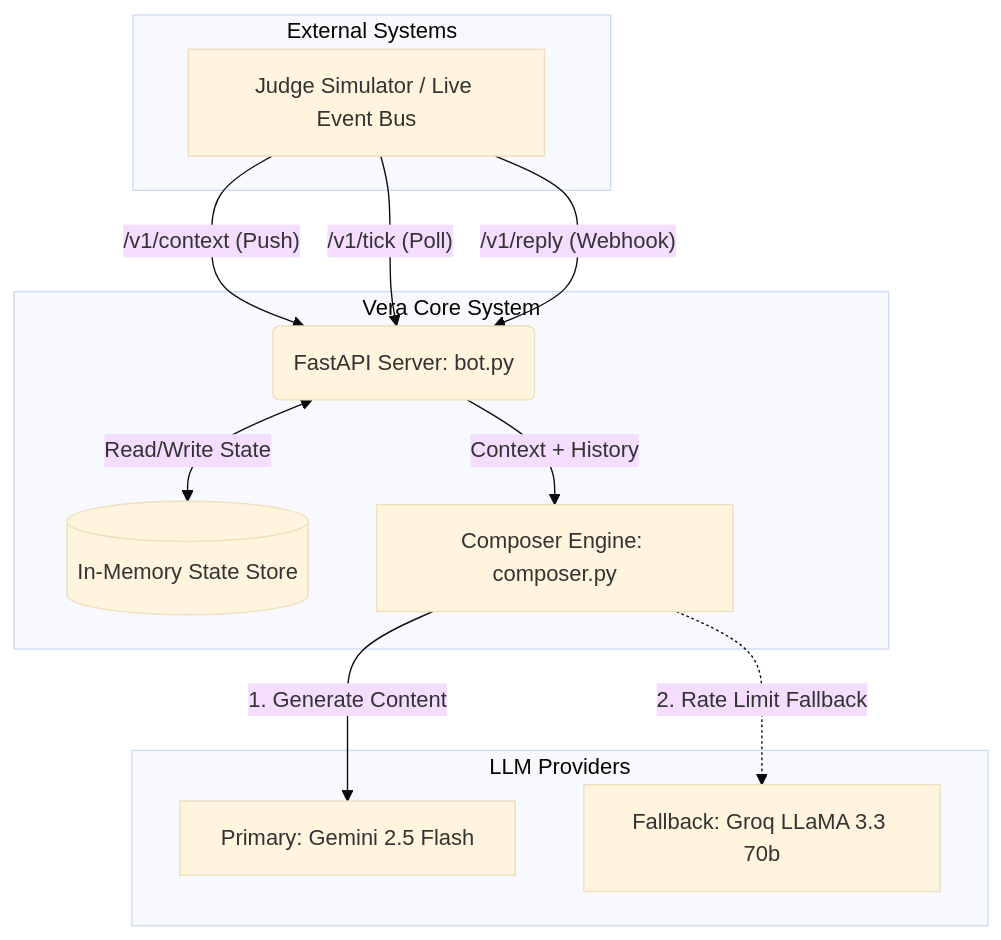
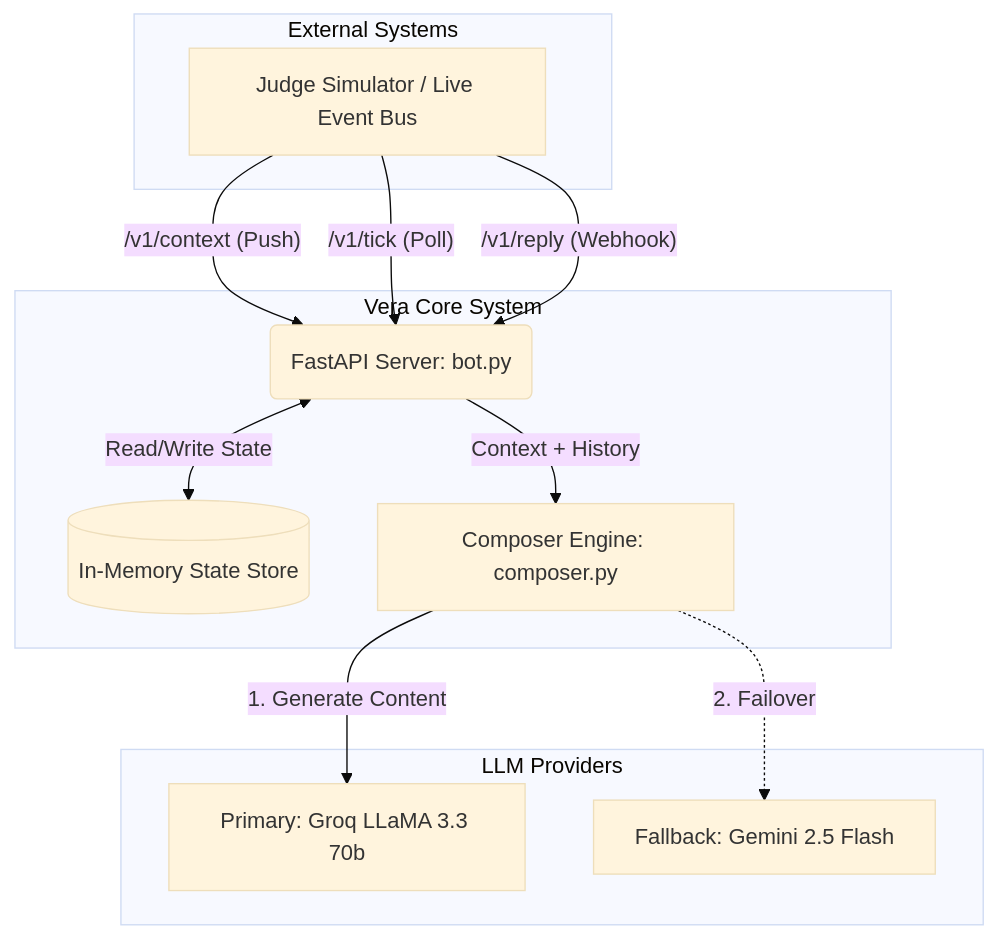
The diagram in docs/HLD.md (TuShArBhArDwA/Vera), drawn with Mermaid (base theme) before and after one commit. The commit also changed other lines of this file and 2 other files, not shown here.

Commit message:
docs: update README/HLD/LLD to reflect Groq-primary architecture
Docs still described Gemini-primary/Groq-fallback, which is now reversed. Updated
the LLM-provider order, the failover diagram, per-provider timeouts, and the
rationale (Gemini thinking-model latency + 2048-token need). Documented the new
specificity guard, addressing rule, and send_as/suppression-key handling in the
hard fallback.

````diff
--- a/docs/HLD.md
+++ b/docs/HLD.md
@@ -8,27 +8,27 @@
 ```mermaid
 graph TD
     subgraph External Systems
         JS[Judge Simulator / Live Event Bus]
     end
 
     subgraph Vera Core System
         api(FastAPI Server: bot.py)
         store[(In-Memory State Store)]
         comp[Composer Engine: composer.py]
     end
 
     subgraph LLM Providers
-        gemini[Primary: Gemini 2.5 Flash]
-        groq[Fallback: Groq LLaMA 3.3 70b]
+        groq[Primary: Groq LLaMA 3.3 70b]
+        gemini[Fallback: Gemini 2.5 Flash]
     end
 
     JS -- "/v1/context (Push)" --> api
     JS -- "/v1/tick (Poll)" --> api
     JS -- "/v1/reply (Webhook)" --> api
 
     api <-->|Read/Write State| store
     api -->|Context + History| comp
     
-    comp -->|1. Generate Content| gemini
-    comp -.->|2. Rate Limit Fallback| groq
+    comp -->|1. Generate Content| groq
+    comp -.->|2. Failover| gemini
 ```
````
